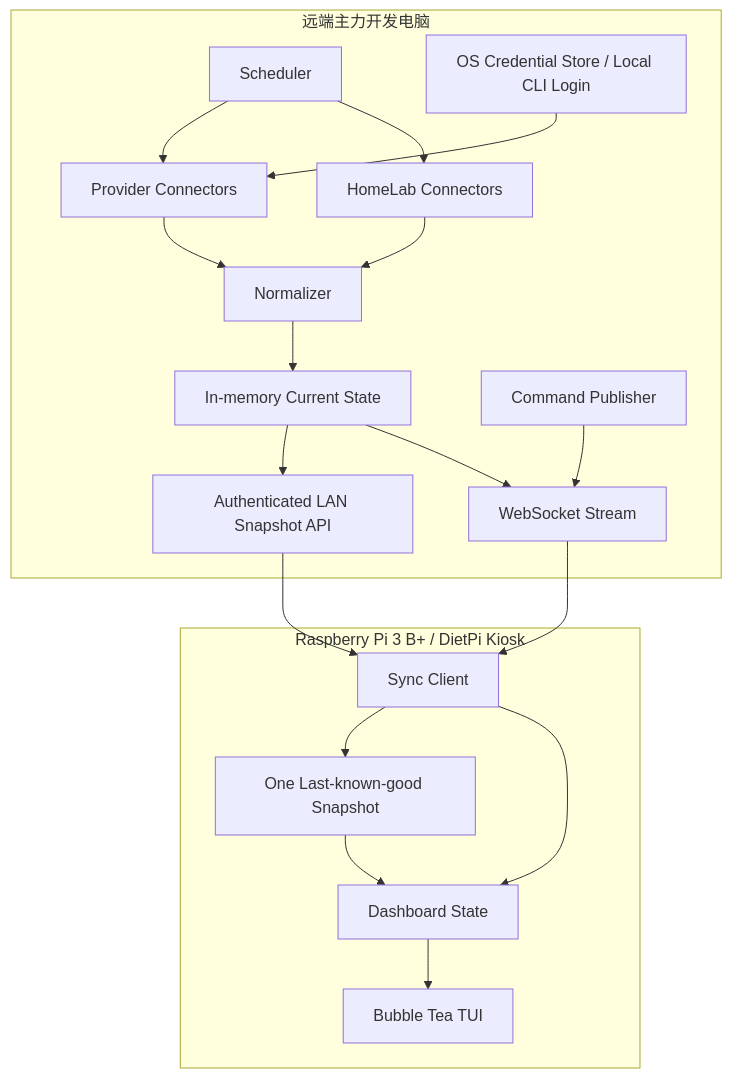
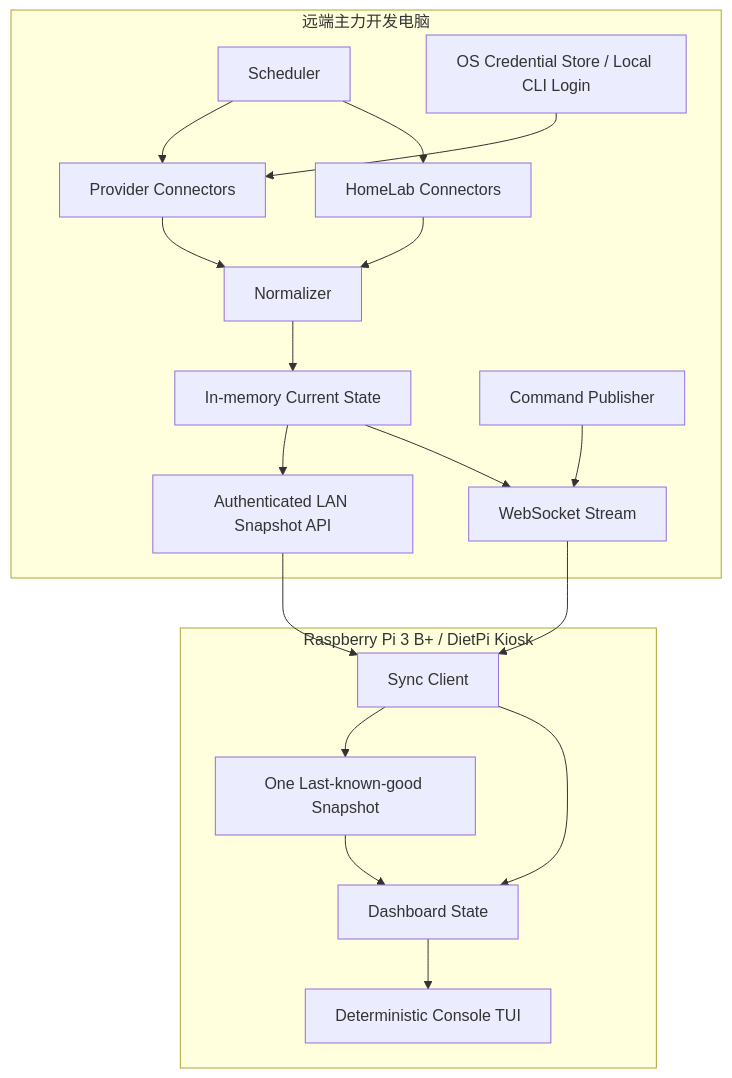
The diagram in .vibe/HL-Spec.md (galendai/homepi-mon), drawn with Mermaid before and after one commit. The commit also changed other lines of this file and 50 other files, not shown here.

````diff
--- a/.vibe/HL-Spec.md
+++ b/.vibe/HL-Spec.md
@@ -33,22 +33,22 @@
 ```mermaid
 flowchart TB
     subgraph Remote["远端主力开发电脑"]
         S["Scheduler"] --> C["Provider Connectors"]
         S --> H["HomeLab Connectors"]
         K["OS Credential Store / Local CLI Login"] --> C
         C --> N["Normalizer"]
         H --> N
         N --> CS["In-memory Current State"]
         CS --> API["Authenticated LAN Snapshot API"]
         CS --> WS["WebSocket Stream"]
         CMD["Command Publisher"] --> WS
     end
     subgraph Pi["Raspberry Pi 3 B+ / DietPi Kiosk"]
         SC["Sync Client"] --> LC["One Last-known-good Snapshot"]
         SC --> DS["Dashboard State"]
         LC --> DS
-        DS --> UI["Bubble Tea TUI"]
+        DS --> UI["Deterministic Console TUI"]
         WS --> SC
     end
     API --> SC
 ```
````
